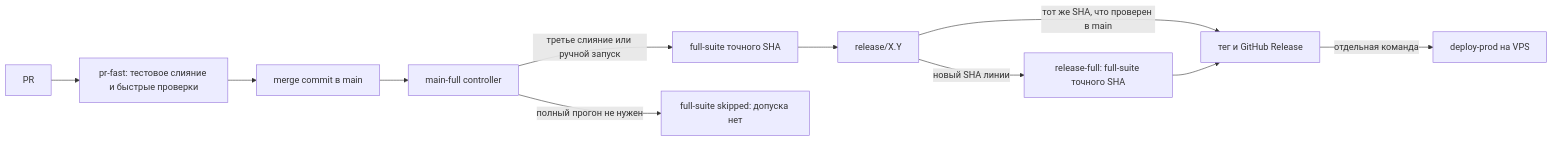
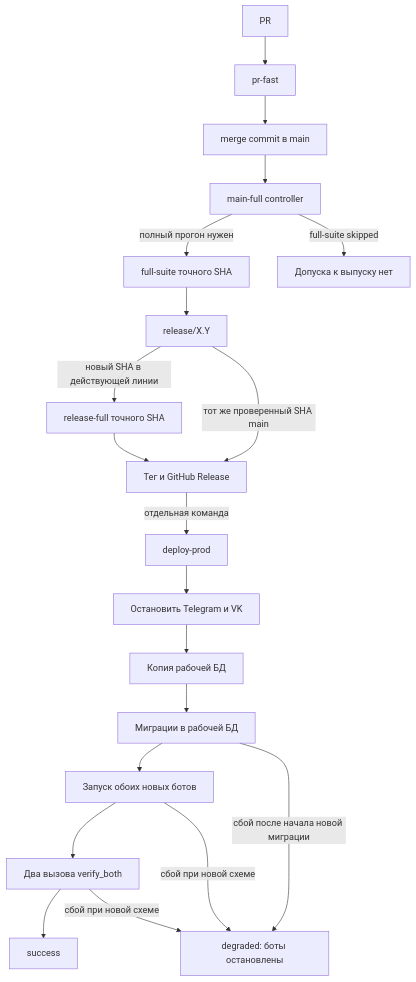
One commit to karateka-git/compadre-assistant changed the first of 2 diagrams in docs/ci-release-review/PLAN.md. Above: the diagram before and after it, drawn with Mermaid. The commit also changed other lines of this file, not shown here.

````diff
--- a/docs/ci-release-review/PLAN.md
+++ b/docs/ci-release-review/PLAN.md
@@ -31,13 +30,22 @@
 ```mermaid
-flowchart LR
-    PR[PR] --> FAST[pr-fast: тестовое слияние и быстрые проверки]
+flowchart TD
+    PR[PR] --> FAST[pr-fast]
     FAST --> MAIN[merge commit в main]
     MAIN --> CTRL[main-full controller]
-    CTRL -->|третье слияние или ручной запуск| FULL[full-suite точного SHA]
-    CTRL -->|полный прогон не нужен| SKIP[full-suite skipped: допуска нет]
-    FULL --> LINE[release/X.Y]
-    LINE -->|новый SHA линии| RFULL[release-full: full-suite точного SHA]
-    LINE -->|тот же SHA, что проверен в main| PUBLISH[тег и GitHub Release]
-    RFULL --> PUBLISH
-    PUBLISH -->|отдельная команда| DEPLOY[deploy-prod на VPS]
+    CTRL -->|полный прогон нужен| SUITE[full-suite точного SHA]
+    CTRL -->|full-suite skipped| NO[Допуска к выпуску нет]
+    SUITE --> LINE[release/X.Y]
+    LINE -->|новый SHA в действующей линии| RCI[release-full точного SHA]
+    LINE -->|тот же проверенный SHA main| PUB[Тег и GitHub Release]
+    RCI --> PUB
+    PUB -->|отдельная команда| DEPLOY[deploy-prod]
+    DEPLOY --> STOP[Остановить Telegram и VK]
+    STOP --> BACKUP[Копия рабочей БД]
+    BACKUP --> MIGRATE[Миграции в рабочей БД]
+    MIGRATE --> START[Запуск обоих новых ботов]
+    START --> VERIFY[Два вызова verify_both]
+    VERIFY --> SUCCESS[success]
+    MIGRATE -->|сбой после начала новой миграции| DEGRADED[degraded: боты остановлены]
+    START -->|сбой при новой схеме| DEGRADED
+    VERIFY -->|сбой при новой схеме| DEGRADED
 ```
````
